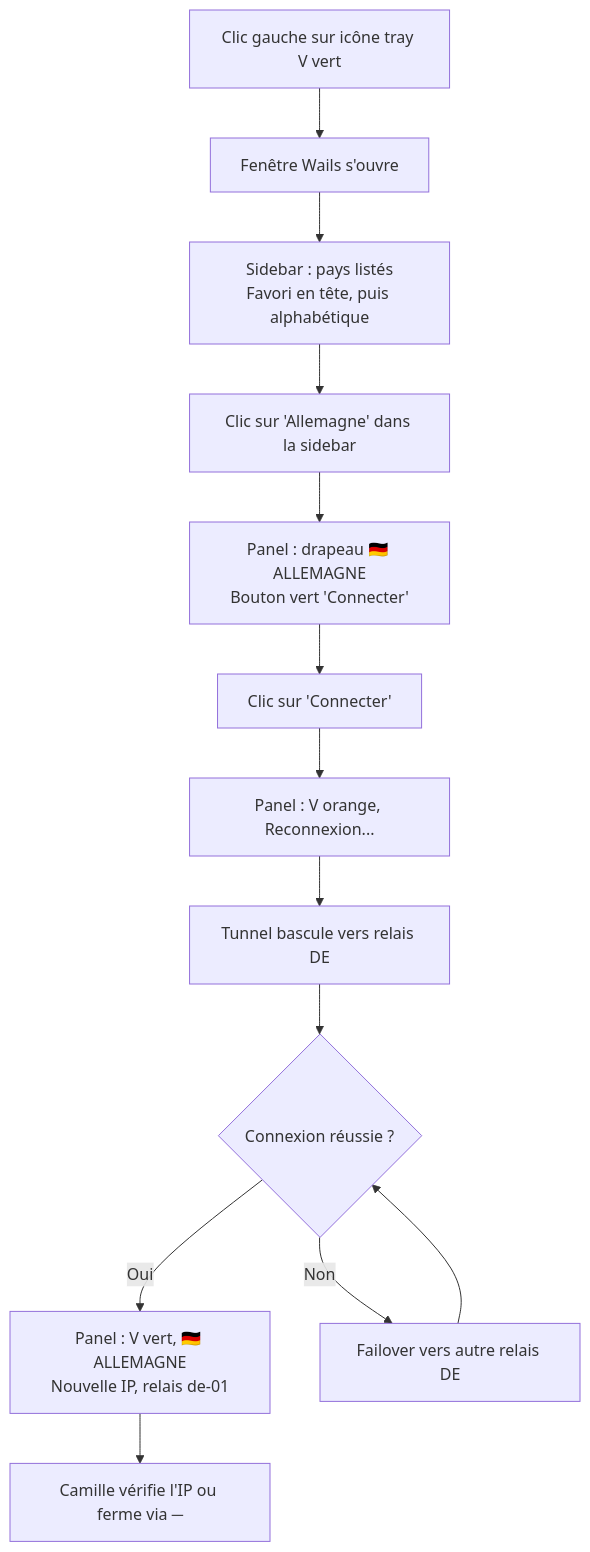
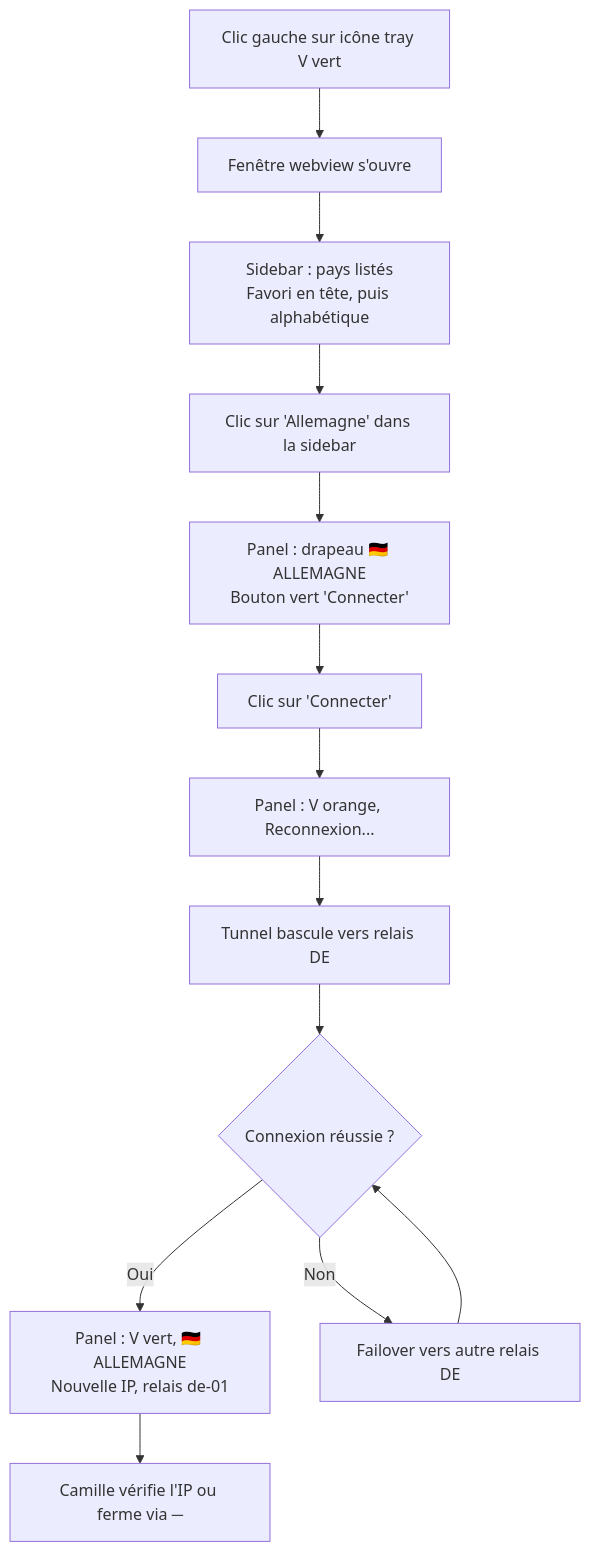
The second of 11 diagrams in _bmad-output/planning-artifacts/ux-design-specification.md (velia-the-veil/le_voile), drawn with Mermaid before and after one commit. The commit also changed other lines of this file and 96 other files, not shown here.

````diff
--- a/_bmad-output/planning-artifacts/ux-design-specification.md
+++ b/_bmad-output/planning-artifacts/ux-design-specification.md
@@ -555,15 +721,15 @@
 ```mermaid
 flowchart TD
-    A[Clic gauche sur icône tray V vert] --> B[Fenêtre Wails s'ouvre]
+    A[Clic gauche sur icône tray V vert] --> B[Fenêtre webview s'ouvre]
     B --> C[Sidebar : pays listés<br>Favori en tête, puis alphabétique]
     C --> D[Clic sur 'Allemagne' dans la sidebar]
     D --> E[Panel : drapeau 🇩🇪 ALLEMAGNE<br>Bouton vert 'Connecter']
     E --> F[Clic sur 'Connecter']
     F --> G[Panel : V orange, Reconnexion...]
     G --> H[Tunnel bascule vers relais DE]
     H --> I{Connexion réussie ?}
     I -->|Oui| J[Panel : V vert, 🇩🇪 ALLEMAGNE<br>Nouvelle IP, relais de-01]
     I -->|Non| K[Failover vers autre relais DE]
     K --> I
     J --> L[Camille vérifie l'IP ou ferme via ─]
 ```
````
